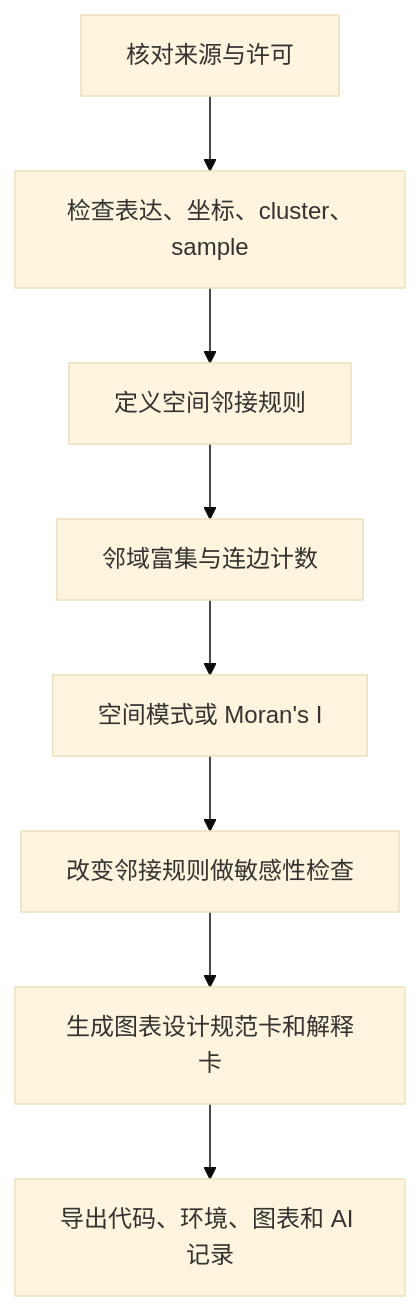
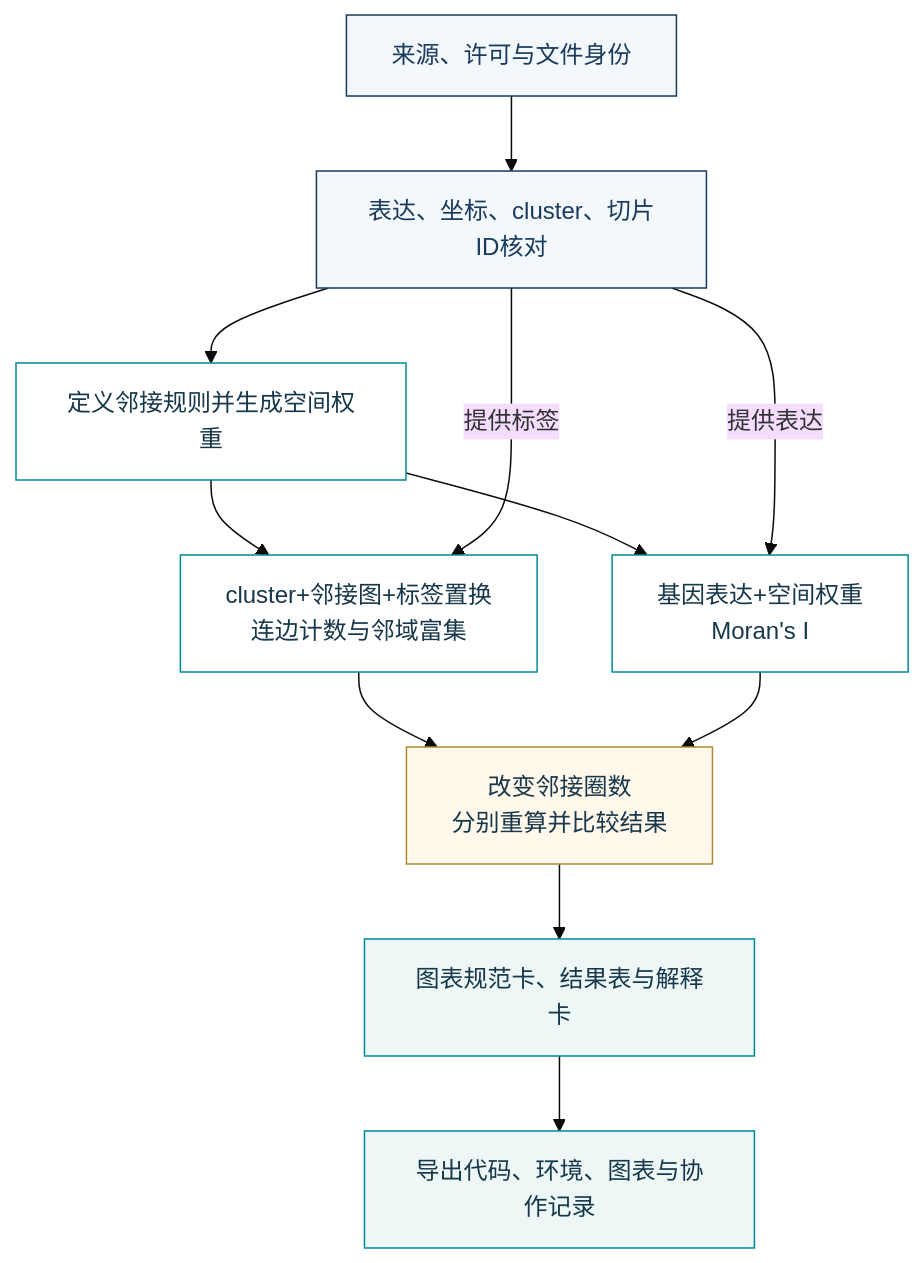
Before and after one commit to luvega/AI_MED_DataVis: the fourth of 5 diagrams in docs/chapters/chapter-15/index.md, drawn with Mermaid (base theme). The commit also changed other lines of this file and 30 other files, not shown here.

Commit message:
Redraw textbook diagrams and correct data-flow relationships

````diff
--- a/docs/chapters/chapter-15/index.md
+++ b/docs/chapters/chapter-15/index.md
@@ -630,10 +685,22 @@
 ```mermaid
-flowchart TD
-  A["核对来源与许可"] --> B["检查表达、坐标、cluster、sample"]
-  B --> C["定义空间邻接规则"]
-  C --> D["邻域富集与连边计数"]
-  D --> E["空间模式或 Moran's I"]
-  E --> F["改变邻接规则做敏感性检查"]
-  F --> G["生成图表设计规范卡和解释卡"]
-  G --> H["导出代码、环境、图表和 AI 记录"]
+flowchart TB
+  A["来源、许可与文件身份"] --> B["表达、坐标、cluster、切片ID核对"]
+  B --> C["定义邻接规则并生成空间权重"]
+  C --> D["cluster+邻接图+标签置换<br/>连边计数与邻域富集"]
+  C --> E["基因表达+空间权重<br/>Moran's I"]
+  B -->|提供标签| D
+  B -->|提供表达| E
+  D --> F["改变邻接圈数<br/>分别重算并比较结果"]
+  E --> F
+  F --> G["图表规范卡、结果表与解释卡"]
+  G --> H["导出代码、环境、图表与协作记录"]
+  class A,B input;
+  class C,D,E process;
+  class F review;
+  class G,H result;
+
+  classDef input fill:#F3F8FC,stroke:#1A3A5C,color:#1A3A5C;
+  classDef process fill:#FFFFFF,stroke:#008A95,color:#17374A;
+  classDef result fill:#EDF8F6,stroke:#008A95,color:#17374A;
+  classDef review fill:#FFF8EB,stroke:#B18B31,color:#17374A;
 ```
````
